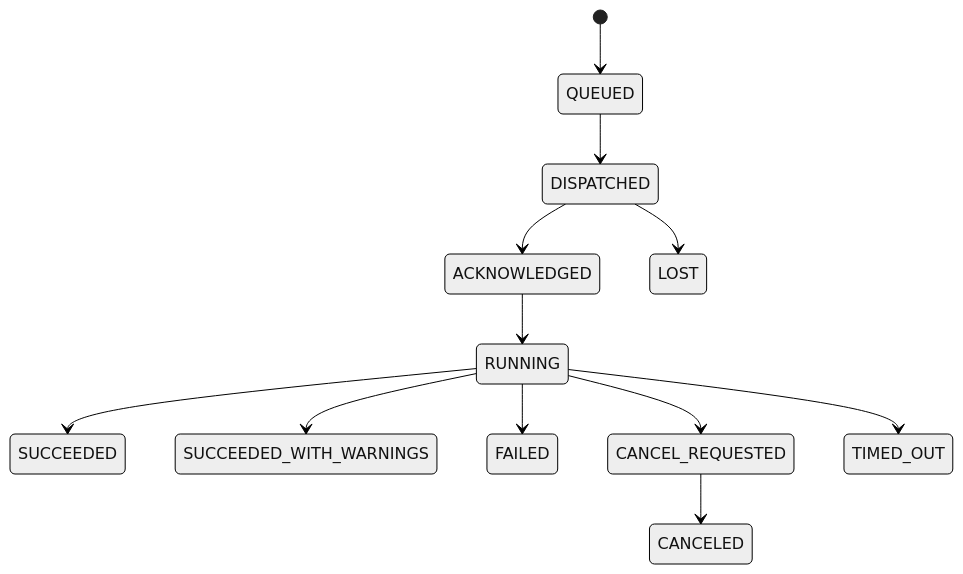
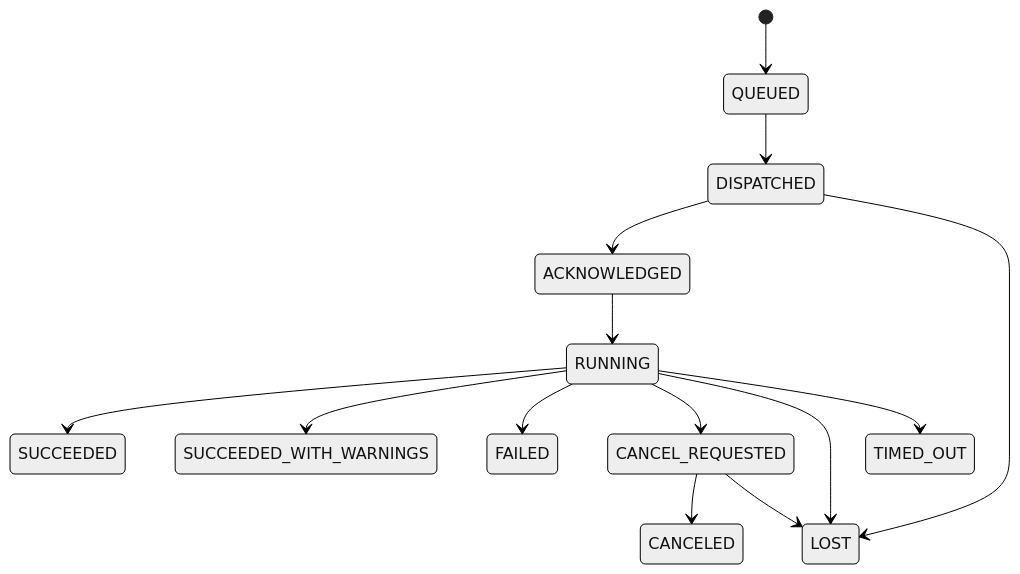
Before and after one commit to sagehou/restfleet: the diagram in docs/spec/03-domain-model.md, drawn with Mermaid (neutral theme). The commit also changed other lines of this file and 21 other files, not shown here.

````diff
--- a/docs/spec/03-domain-model.md
+++ b/docs/spec/03-domain-model.md
@@ -414,14 +414,16 @@
 ```mermaid
 stateDiagram-v2
     [*] --> QUEUED
     QUEUED --> DISPATCHED
     DISPATCHED --> ACKNOWLEDGED
     ACKNOWLEDGED --> RUNNING
     RUNNING --> SUCCEEDED
     RUNNING --> SUCCEEDED_WITH_WARNINGS
     RUNNING --> FAILED
     RUNNING --> CANCEL_REQUESTED
     CANCEL_REQUESTED --> CANCELED
     DISPATCHED --> LOST
+    RUNNING --> LOST
+    CANCEL_REQUESTED --> LOST
     RUNNING --> TIMED_OUT
 ```
````
